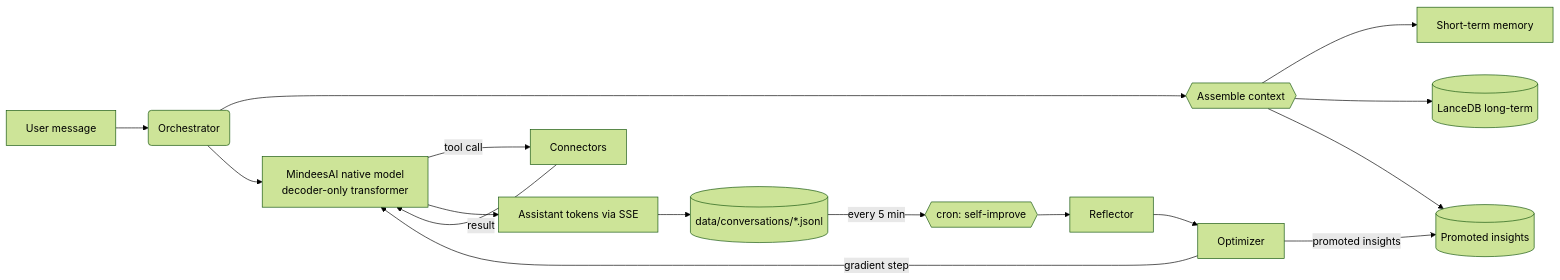
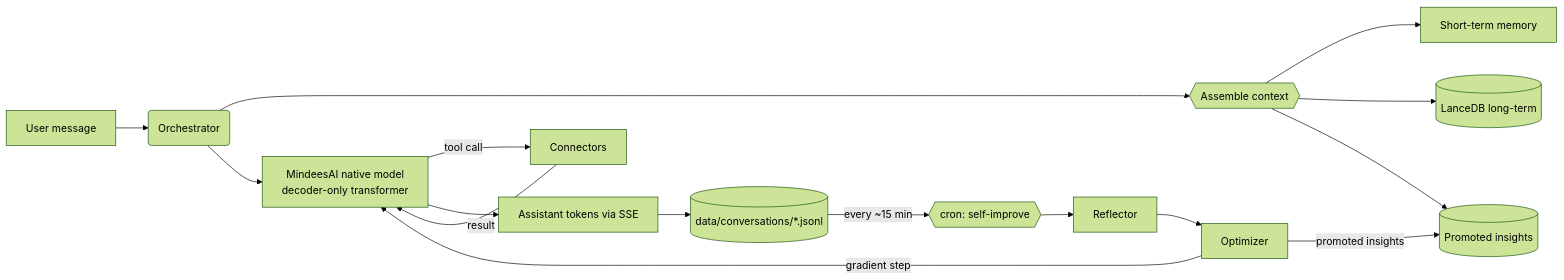
The diagram in README.md (aashir-athar/mindeesai), drawn with Mermaid (forest theme) before and after one commit. The commit also changed other lines of this file, not shown here.

First line of the commit message:
docs(readme): reconcile cron cadence + retire Vercel Blob as the default

````diff
--- a/README.md
+++ b/README.md
@@ -365,18 +365,18 @@
 ```mermaid
 flowchart LR
   U[User message] --> O(Orchestrator)
   O --> CTX{{Assemble context}}
   CTX --> ST[Short-term memory]
   CTX --> LT[(LanceDB long-term)]
   CTX --> INS[(Promoted insights)]
   O --> M["MindeesAI native model<br/>decoder-only transformer"]
   M -- tool call --> T[Connectors]
   T -- result --> M
   M --> A[Assistant tokens via SSE]
   A --> JL[(data/conversations/*.jsonl)]
-  JL -- every 5 min --> CR{{cron: self-improve}}
+  JL -- every ~15 min --> CR{{cron: self-improve}}
   CR --> R[Reflector]
   R --> O2[Optimizer]
   O2 -- gradient step --> M
   O2 -- promoted insights --> INS
 ```
````
